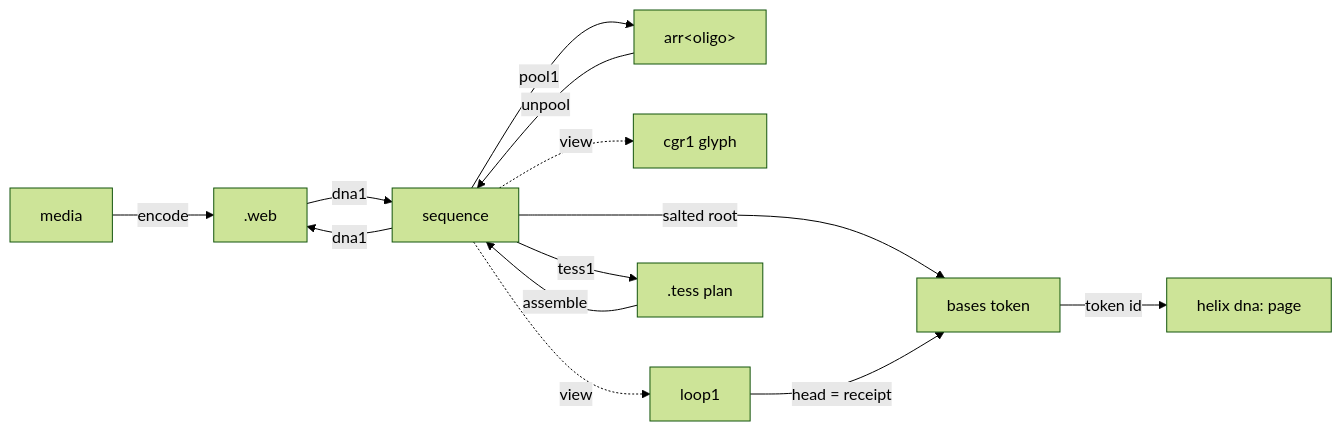
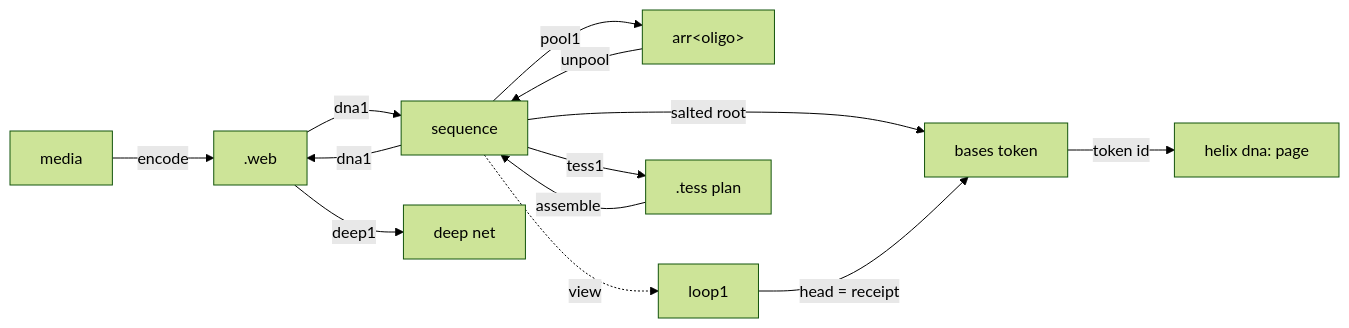
One commit to wetware-hq/web changed the diagram in docs/organize-stack.md. Above: the diagram before and after it, drawn with Mermaid (forest theme). The commit also changed other lines of this file and 28 other files, not shown here.

Commit message:
deep1: compose shallow webs into a deep net by induction, interfaces hash-chained (§16); excise cgr1, CGR and QR context (WET-139)

````diff
--- a/docs/organize-stack.md
+++ b/docs/organize-stack.md
@@ -69,15 +70,15 @@
 ```mermaid { type: notebook.cell }
 flowchart LR
     M[media] -->|encode| W[.web]
     W -->|dna1| S[sequence]
     S -->|dna1| W
     S -->|pool1| O["arr&lt;oligo&gt;"]
     O -->|unpool| S
-    S -.->|view| G[cgr1 glyph]
+    W -->|deep1| D[deep net]
     S -.->|view| L[loop1]
     S -->|tess1| P[.tess plan]
     P -->|assemble| S
     S -->|salted root| T[bases token]
     L -->|head = receipt| T
     T -->|token id| H["helix dna: page"]
 ```
````
